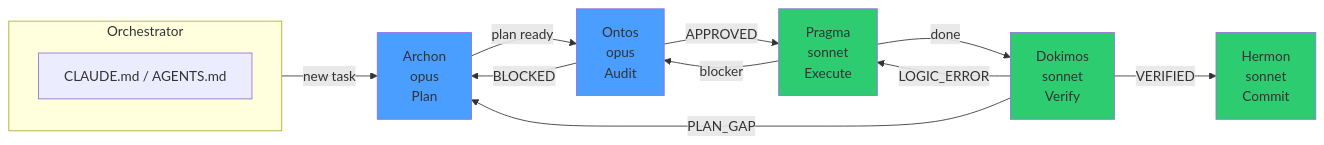
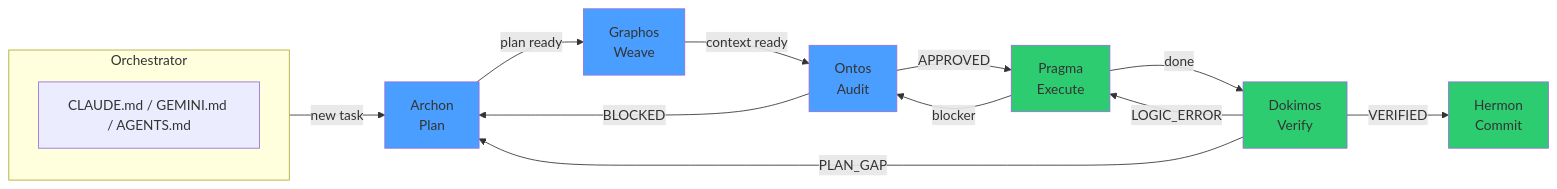
The seventh of 7 diagrams in README.md (ancrz/termux-linux-deployer), drawn with Mermaid before and after one commit.

Commit message:
docs(pipeline): update agent diagram to reflect Topos V2 6-stage flow (Archon->Graphos->Ontos...)

````diff
--- a/README.md
+++ b/README.md
@@ -360,23 +360,25 @@
 ```mermaid
 flowchart LR
     subgraph Orchestrator
         direction TB
-        O["CLAUDE.md / AGENTS.md"]
+        O["CLAUDE.md / GEMINI.md / AGENTS.md"]
     end
 
-    O -->|"new task"| AR["Archon<br/>opus<br/>Plan"]
-    AR -->|"plan ready"| ON["Ontos<br/>opus<br/>Audit"]
-    ON -->|"APPROVED"| PR["Pragma<br/>sonnet<br/>Execute"]
+    O -->|"new task"| AR["Archon<br/>Plan"]
+    AR -->|"plan ready"| GR["Graphos<br/>Weave"]
+    GR -->|"context ready"| ON["Ontos<br/>Audit"]
+    ON -->|"APPROVED"| PR["Pragma<br/>Execute"]
     ON -->|"BLOCKED"| AR
-    PR -->|"done"| DK["Dokimos<br/>sonnet<br/>Verify"]
+    PR -->|"done"| DK["Dokimos<br/>Verify"]
     PR -->|"blocker"| ON
-    DK -->|"VERIFIED"| HM["Hermon<br/>sonnet<br/>Commit"]
+    DK -->|"VERIFIED"| HM["Hermon<br/>Commit"]
     DK -->|"LOGIC_ERROR"| PR
     DK -->|"PLAN_GAP"| AR
 
     style AR fill:#4a9eff
+    style GR fill:#4a9eff
     style ON fill:#4a9eff
     style PR fill:#2ecc71
     style DK fill:#2ecc71
     style HM fill:#2ecc71
 ```
````
